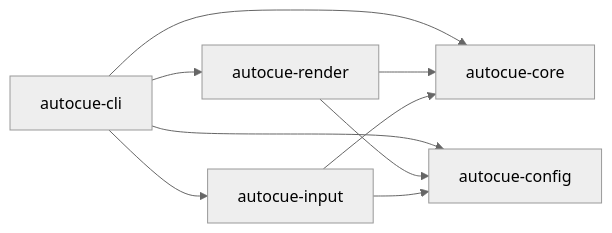
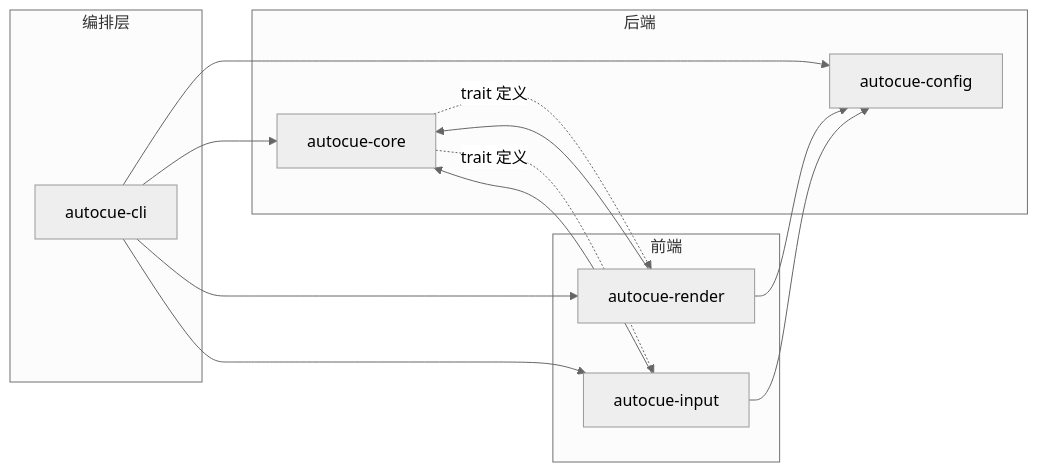
The second of 4 diagrams in ARCHITECTURE.md (BassttElSevic/VibeRustAutocue), drawn with Mermaid (neutral theme) before and after one commit. The commit also changed other lines of this file, not shown here.

````diff
--- a/ARCHITECTURE.md
+++ b/ARCHITECTURE.md
@@ -108,12 +132,29 @@
 ```mermaid
 graph LR
-    cli[autocue-cli] --> core[autocue-core]
-    cli --> config[autocue-config]
-    cli --> render[autocue-render]
-    cli --> input[autocue-input]
+    subgraph 编排层
+        cli[autocue-cli]
+    end
+
+    subgraph 后端
+        core[autocue-core]
+        config[autocue-config]
+    end
+
+    subgraph 前端
+        render[autocue-render]
+        input[autocue-input]
+    end
+
+    cli --> core
+    cli --> config
+    cli --> render
+    cli --> input
 
     render --> core
     render --> config
     input --> core
     input --> config
+
+    core -.->|trait 定义| render
+    core -.->|trait 定义| input
 ```
````
